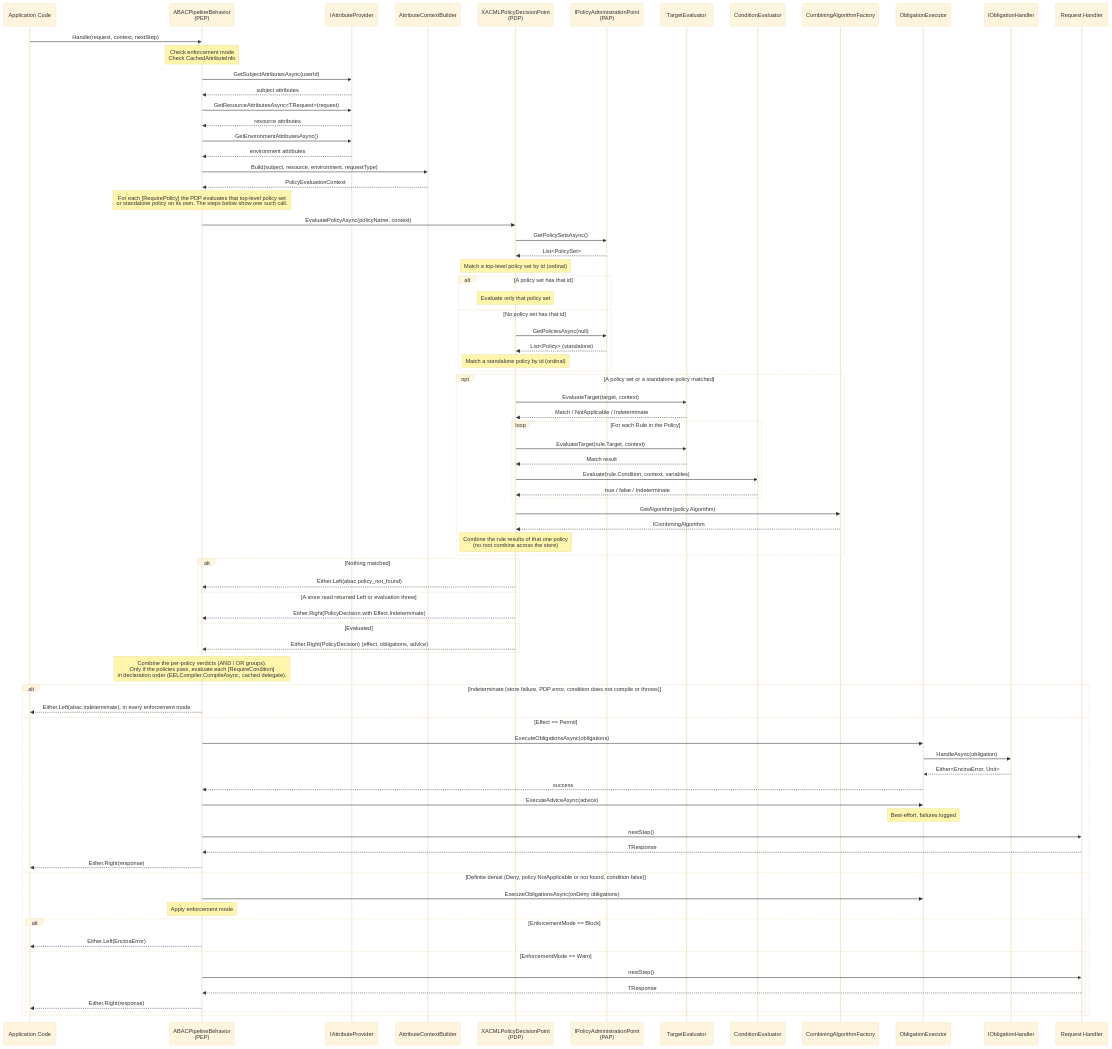
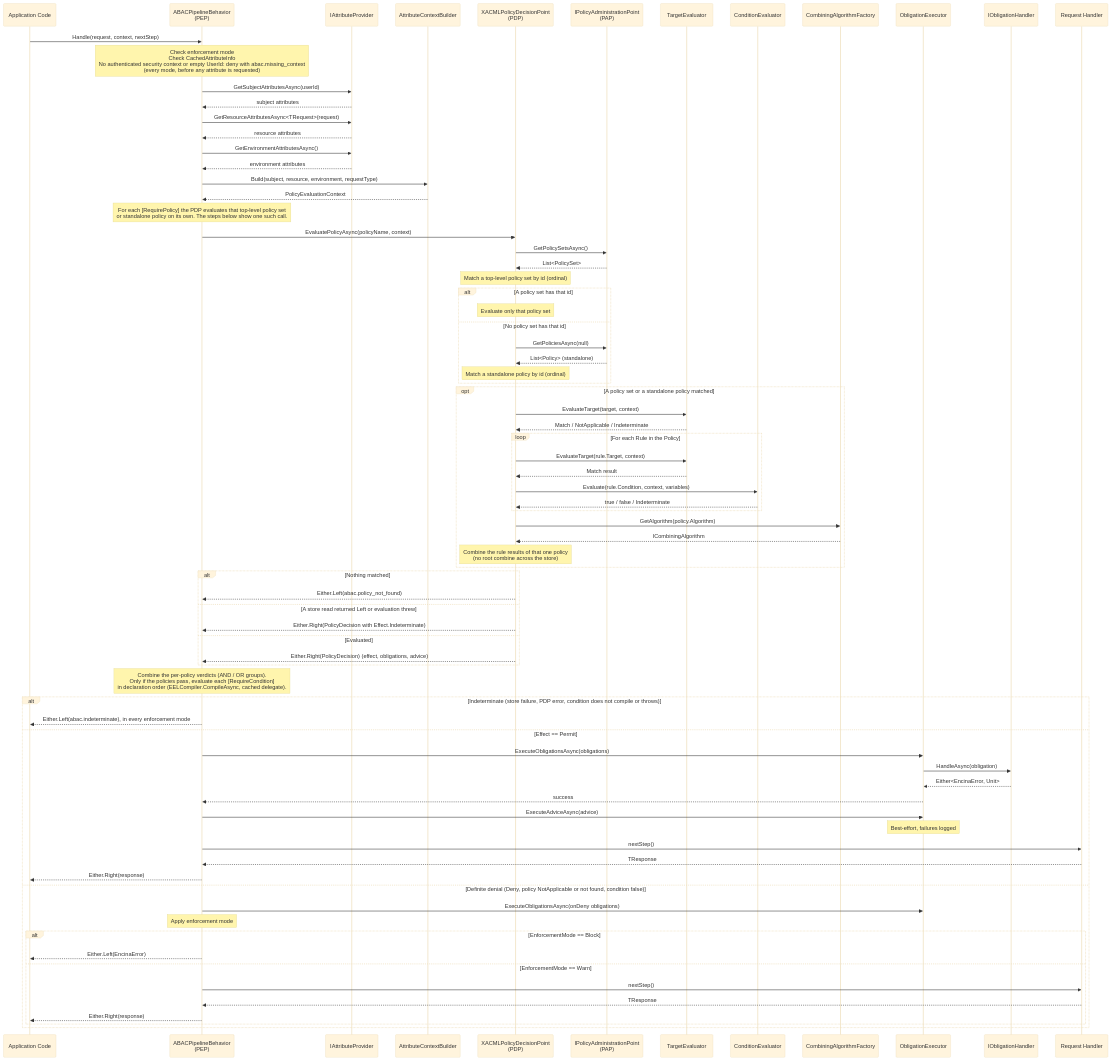
Before and after one commit to dlrivada/Encina: the third of 4 diagrams in docs/features/abac/xacml/architecture.md, drawn with Mermaid (base theme). The commit also changed other lines of this file and 24 other files, not shown here.

First line of the commit message:
fix(abac): missing security context and failed policy retrieval deny; no exception messages in PEP/PDP output (#1676, #1685) (#1701)

```diff
--- a/docs/features/abac/xacml/architecture.md
+++ b/docs/features/abac/xacml/architecture.md
@@ -483,7 +486,7 @@
     participant Handler as Request Handler
 
     App->>PEP: Handle(request, context, nextStep)
-    Note over PEP: Check enforcement mode<br/>Check CachedAttributeInfo
+    Note over PEP: Check enforcement mode<br/>Check CachedAttributeInfo<br/>No authenticated security context or empty UserId: deny with abac.missing_context<br/>(every mode, before any attribute is requested)
 
     PEP->>AP: GetSubjectAttributesAsync(userId)
     AP-->>PEP: subject attributes
```
